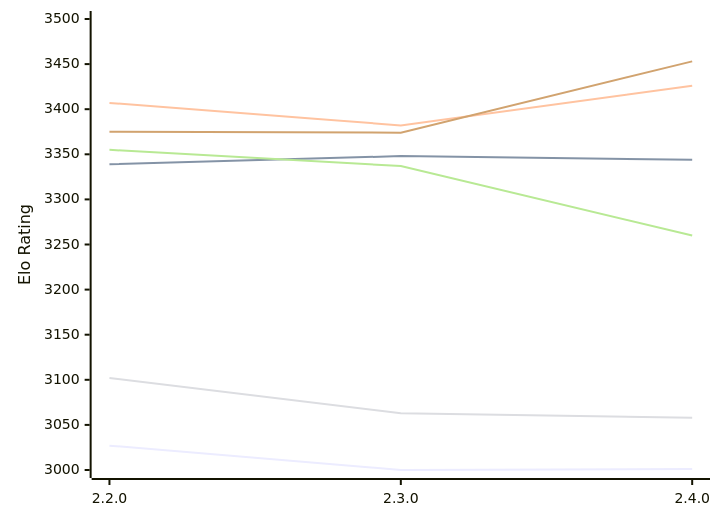
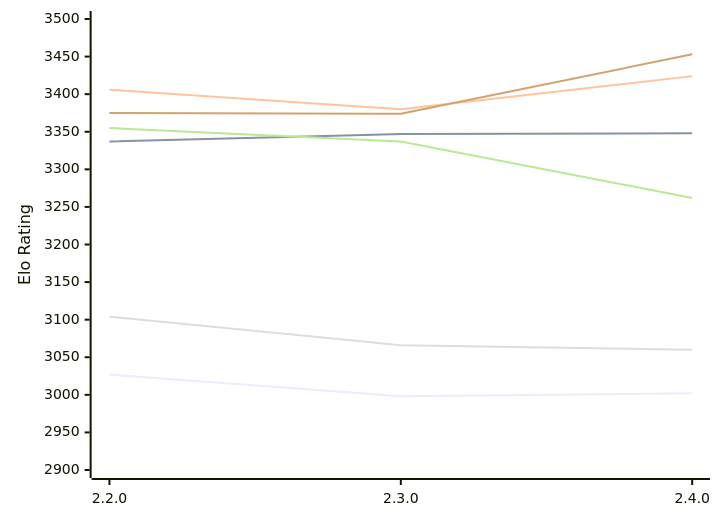
The diagram in engines/Endspiel.md (computer-chess-index/cci), drawn with Mermaid before and after one commit. The commit also changed other lines of this file, not shown here.

Commit message:
Update CCI Ratings (ELO VLTC) - 2026-11-28

````diff
--- a/engines/Endspiel.md
+++ b/engines/Endspiel.md
@@ -51,12 +51,12 @@
 ```mermaid
 %%{init: {"theme":"base","themeVariables":{"seriesColors:['#a3a3a3','#222221','#faa371']}}}%%
 xychart-beta
   x-axis ["2.2.0", "2.3.0", "2.4.0"]
-  y-axis "Elo Rating" 3000 --> 3500
-  line "E1: STC (8.0+0.08s)" [3027, 3000, 3001]
-  line "E1: LTC (60.0+0.60s)" [3339, 3348, 3344]
-  line "E1: VLTC (2m24s+1.12s)" [3407, 3382, 3426]
-  line "P1: STC (8.0+0.08s)" [3102, 3063, 3058]
-  line "P1: LTC (60.0+0.60s)" [3355, 3337, 3260]
+  y-axis "Elo Rating" 2900 --> 3500
+  line "E1: STC (8.0+0.08s)" [3027, 2998, 3002]
+  line "E1: LTC (60.0+0.60s)" [3337, 3347, 3348]
+  line "E1: VLTC (2m24s+1.12s)" [3406, 3380, 3424]
+  line "P1: STC (8.0+0.08s)" [3104, 3066, 3060]
+  line "P1: LTC (60.0+0.60s)" [3355, 3337, 3262]
   line "P1: VLTC (2m24s+1.12s)" [3375, 3374, 3453]
 ```
````
